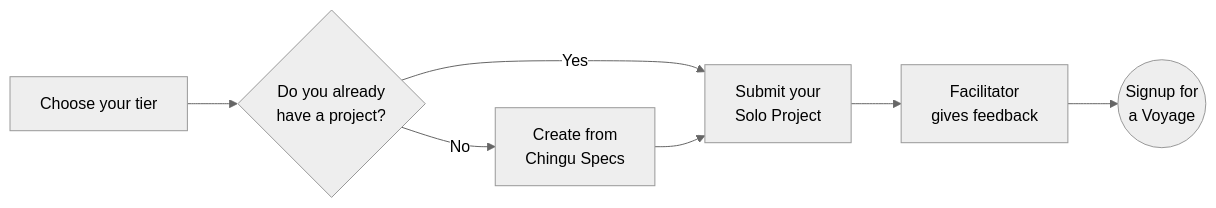
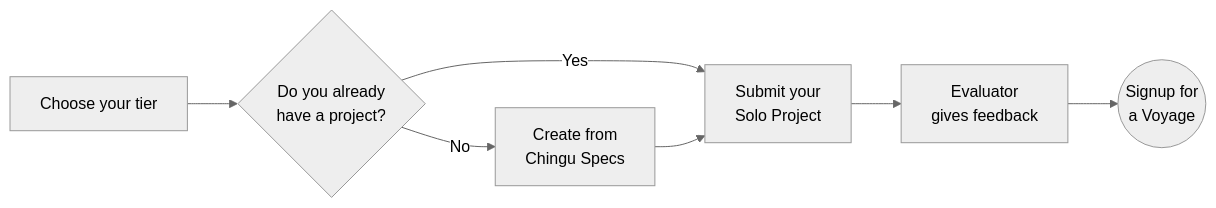
Before and after one commit to chingu-voyages/Handbook: the second of 2 diagrams in docs/gettingstarted/whattodofirst.md, drawn with Mermaid (neutral theme). The commit also changed other lines of this file and 3 other files, not shown here.

````diff
--- a/docs/gettingstarted/whattodofirst.md
+++ b/docs/gettingstarted/whattodofirst.md
@@ -65,9 +65,9 @@
 ```mermaid
 graph LR
     A[Choose your tier] --> B{Do you already\nhave a project?}
     B -- Yes --> C[Submit your\nSolo Project]
     B -- No --> D[Create from\nChingu Specs]
     D --> C
-    C --> E[Facilitator\ngives feedback]
+    C --> E[Evaluator\ngives feedback]
     E --> F((Signup for\na Voyage))
 ```
````
